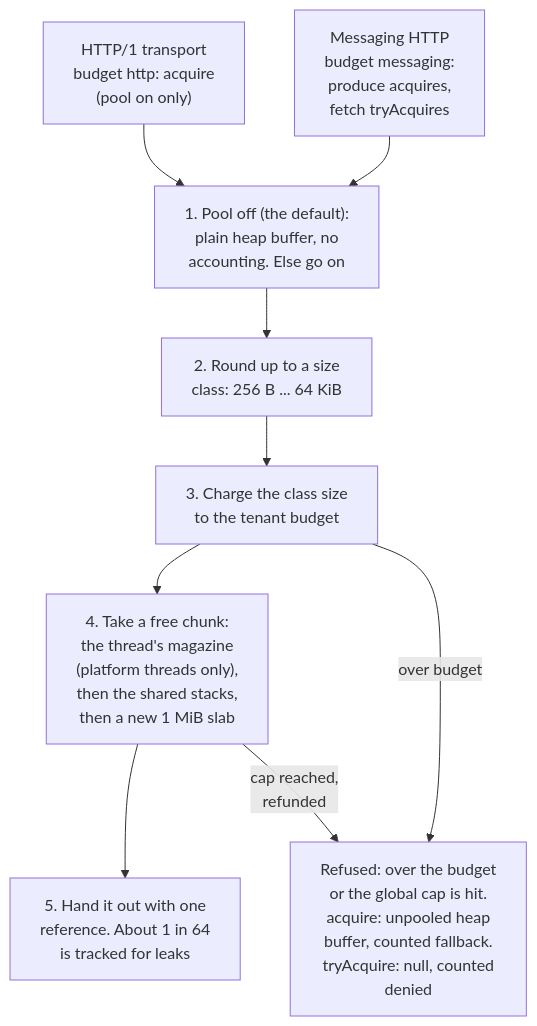
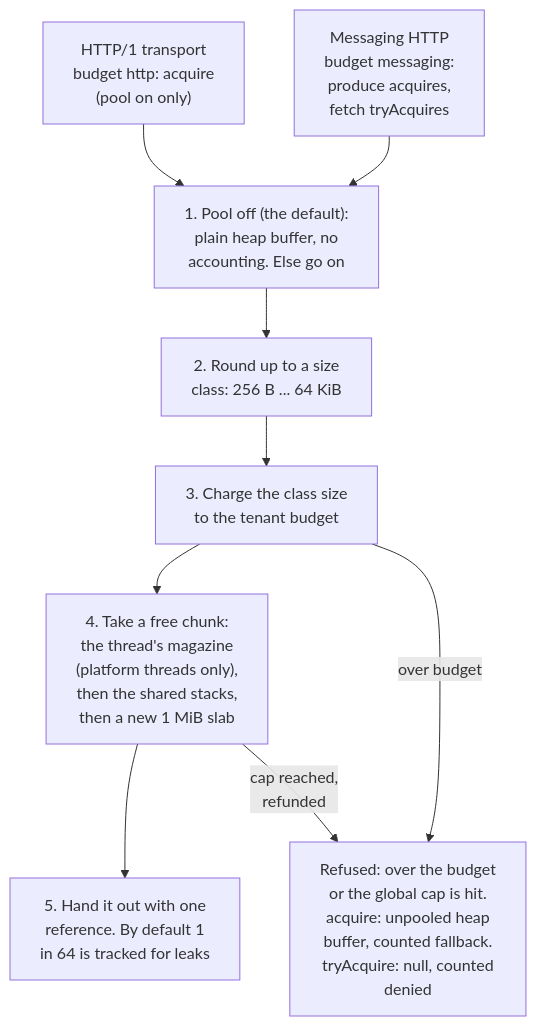
Before and after one commit to BlivionIaG/sjws_nettask: the second of 2 diagrams in docs/design/buffer-pool.md, drawn with Mermaid. The commit also changed other lines of this file and 19 other files, not shown here.

First line of the commit message:
docs: fix the diagrams the fact-check found imprecise

````diff
--- a/docs/design/buffer-pool.md
+++ b/docs/design/buffer-pool.md
@@ -116,14 +118,14 @@
 ```mermaid
 flowchart TB
     c1["HTTP/1 transport<br/>budget http: acquire<br/>(pool on only)"] --> s1
     c2["Messaging HTTP<br/>budget messaging:<br/>produce acquires,<br/>fetch tryAcquires"] --> s1
     s1["1. Pool off (the default):<br/>plain heap buffer, no<br/>accounting. Else go on"]
     s2["2. Round up to a size<br/>class: 256 B ... 64 KiB"]
     s3["3. Charge the class size<br/>to the tenant budget"]
     s4["4. Take a free chunk:<br/>the thread's magazine<br/>(platform threads only),<br/>then the shared stacks,<br/>then a new 1 MiB slab"]
-    s5["5. Hand it out with one<br/>reference. About 1 in 64<br/>is tracked for leaks"]
+    s5["5. Hand it out with one<br/>reference. By default 1<br/>in 64 is tracked for leaks"]
     no["Refused: over the budget<br/>or the global cap is hit.<br/>acquire: unpooled heap<br/>buffer, counted fallback.<br/>tryAcquire: null, counted<br/>denied"]
     s1 --> s2 --> s3 --> s4 --> s5
     s3 -->|"over budget"| no
     s4 -->|"cap reached,<br/>refunded"| no
 ```
````
